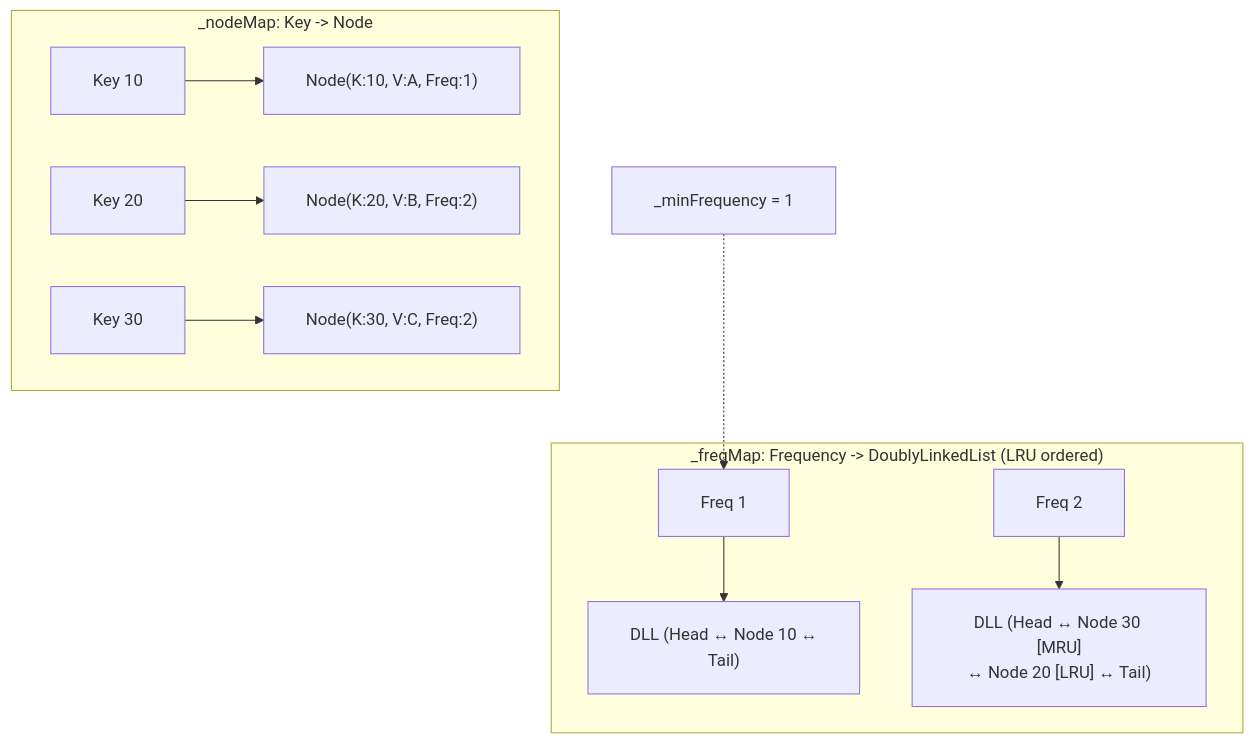
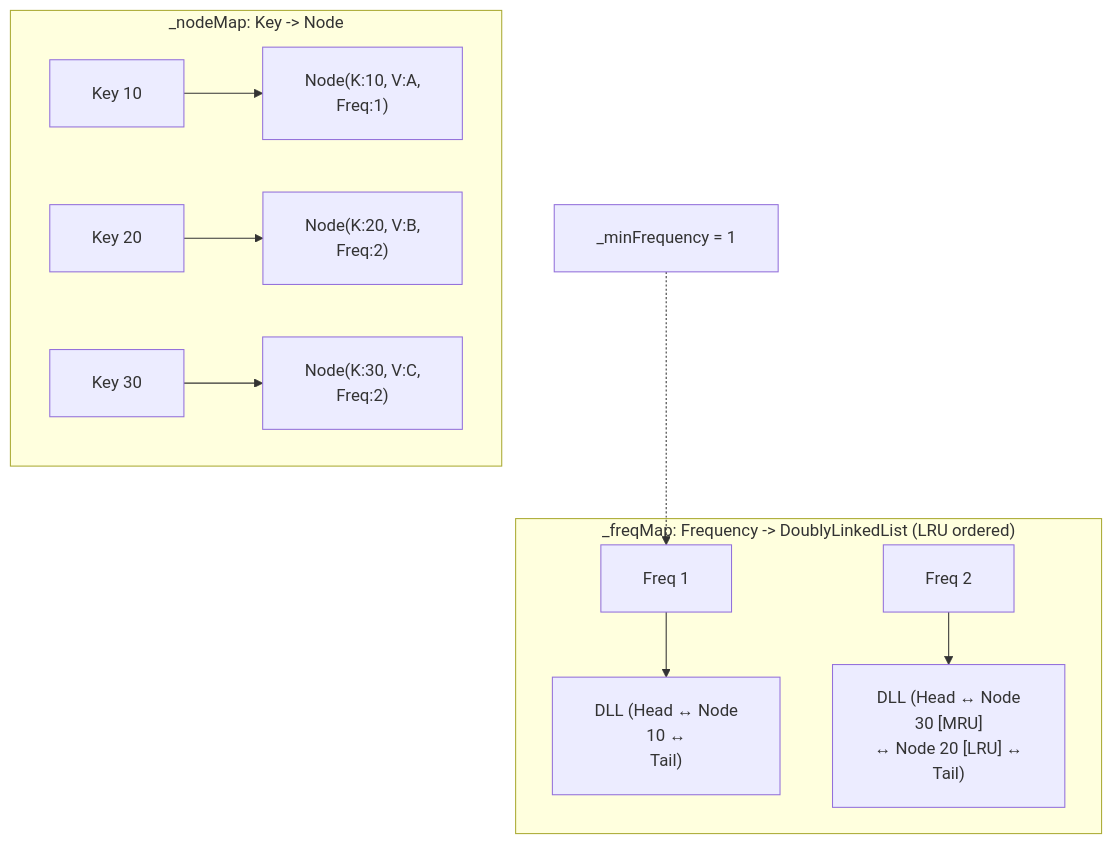
The second of 2 diagrams in LLD/03_Tier3_DSA_Screening/26_LRU_and_LFU_Cache.md (dip4k/DSA_102), drawn with Mermaid before and after one commit. The commit also changed other lines of this file and 106 other files, not shown here.

First line of the commit message:
fix(mermaid): prevent text clipping with foreignObject overflow and tighter line wrapping

````diff
--- a/LLD/03_Tier3_DSA_Screening/26_LRU_and_LFU_Cache.md
+++ b/LLD/03_Tier3_DSA_Screening/26_LRU_and_LFU_Cache.md
@@ -206,16 +206,16 @@
 ```mermaid
-%%{init: {"flowchart": {"htmlLabels": true, "padding": 20}}}%%
+%%{init: {"flowchart": {"htmlLabels": true, "padding": 20}, "themeCSS": "foreignObject { overflow: visible !important; }"}}%%
 flowchart TD
     subgraph Lookups ["_nodeMap: Key -> Node"]
-        K1["Key 10"] --> N1["Node(K:10, V:A, Freq:1)"]
-        K2["Key 20"] --> N2["Node(K:20, V:B, Freq:2)"]
-        K3["Key 30"] --> N3["Node(K:30, V:C, Freq:2)"]
+        K1["Key 10"] --> N1["Node(K:10, V:A,<br/>Freq:1)"]
+        K2["Key 20"] --> N2["Node(K:20, V:B,<br/>Freq:2)"]
+        K3["Key 30"] --> N3["Node(K:30, V:C,<br/>Freq:2)"]
     end
 
     subgraph FreqBuckets ["_freqMap: Frequency -> DoublyLinkedList (LRU ordered)"]
-        F1["Freq 1"] --> L1["DLL (Head ↔ Node 10 ↔<br/>Tail)"]
-        F2["Freq 2"] --> L2["DLL (Head ↔ Node 30 [MRU]<br/>↔ Node 20 [LRU] ↔ Tail)"]
+        F1["Freq 1"] --> L1["DLL (Head ↔ Node<br/>10 ↔<br/>Tail)"]
+        F2["Freq 2"] --> L2["DLL (Head ↔ Node<br/>30 [MRU]<br/>↔ Node 20 [LRU] ↔<br/>Tail)"]
     end
 
     MF["_minFrequency = 1"] -.-> F1
 ```
````
